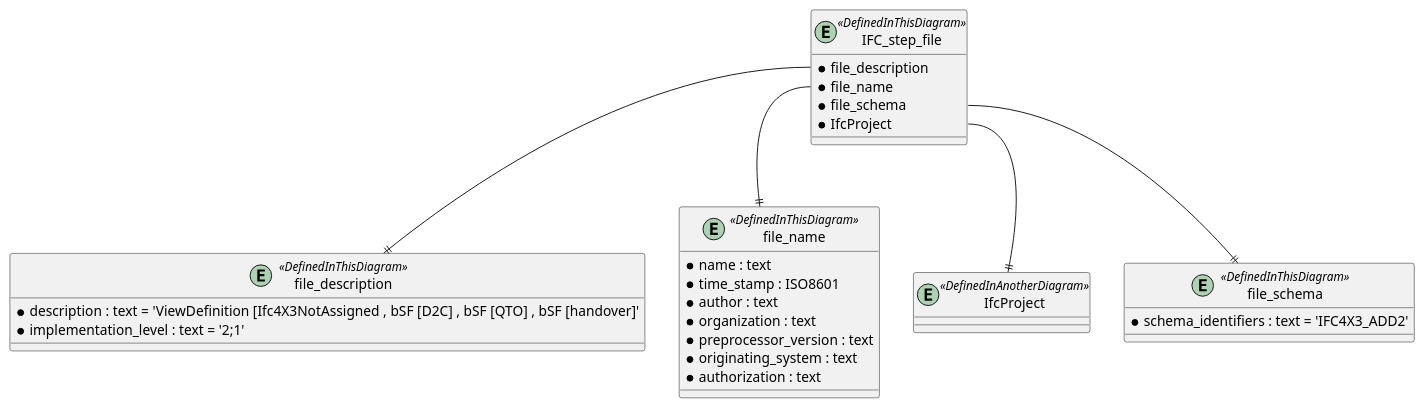
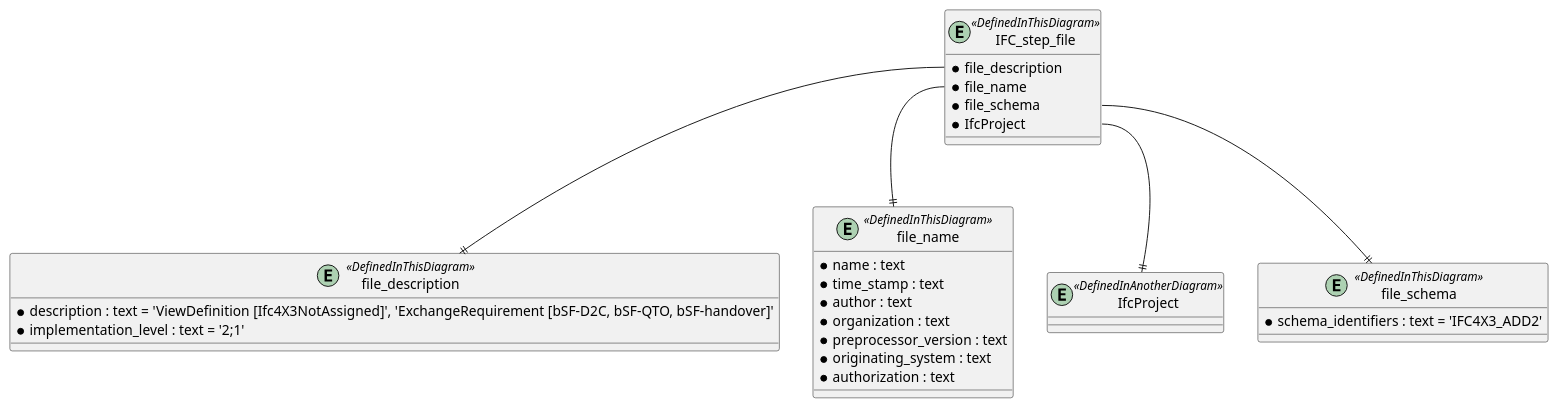
Before and after one commit to buildingSMART-Finland/RYTV-IFCRoute: the diagram in diagrams/bsf-IfcFile.pu, drawn with PlantUML.

Commit message:
Update file_description
Added keyword ExchangeRequirement

```diff
--- a/diagrams/bsf-IfcFile.pu
+++ b/diagrams/bsf-IfcFile.pu
@@ -1,42 +1,42 @@
 @startuml 
 
 
 entity IFC_step_file <<DefinedInThisDiagram>>
 {
     *file_description
     *file_name
     *file_schema
     *IfcProject
 }
 
 entity file_description <<DefinedInThisDiagram>>
 {
-  *description : text = 'ViewDefinition [Ifc4X3NotAssigned , bSF [D2C] , bSF [QTO] , bSF [handover]'
+  *description : text = 'ViewDefinition [Ifc4X3NotAssigned]', 'ExchangeRequirement [bSF-D2C, bSF-QTO, bSF-handover]'
   *implementation_level : text = '2;1'
 }
 
 entity file_name <<DefinedInThisDiagram>>
 {
   *name : text
-  *time_stamp : ISO8601
+  *time_stamp : text
   *author : text
   *organization : text 
   *preprocessor_version : text
   *originating_system : text
   *authorization : text
 }
 
 entity IfcProject <<DefinedInAnotherDiagram>>
 
 entity file_schema <<DefinedInThisDiagram>>
 {
   *schema_identifiers : text = 'IFC4X3_ADD2'
 }
 
 
 IFC_step_file::file_description--||file_description
 IFC_step_file::file_name--||file_name
 IFC_step_file::file_schema--||file_schema
 IFC_step_file::IfcProject--||IfcProject
 
 @enduml
```
